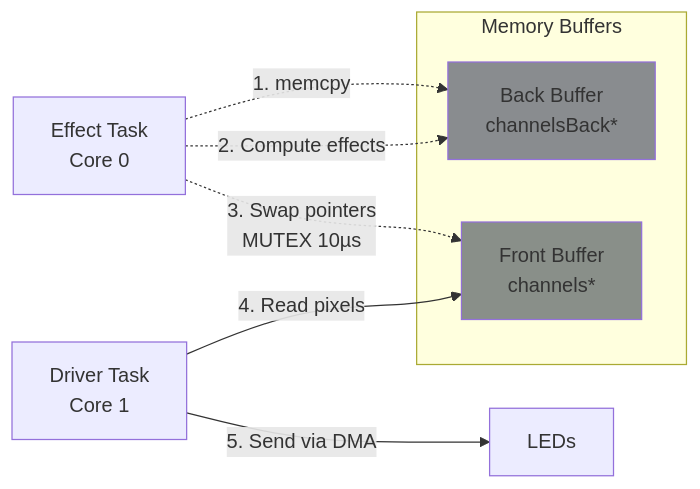
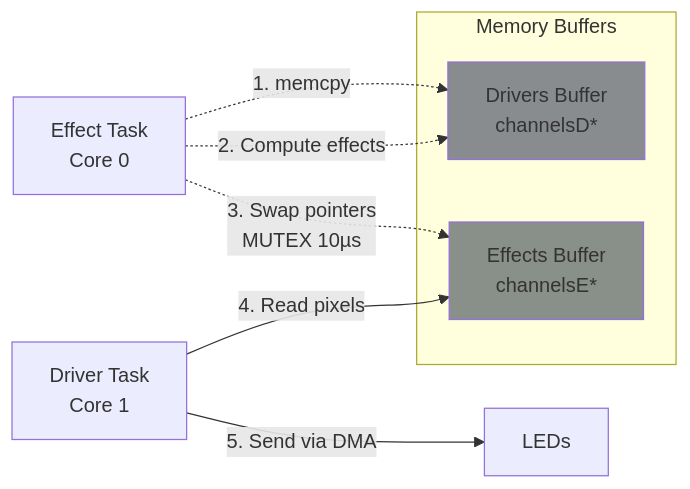
Before and after one commit to troyhacks/MoonLight: the third of 5 diagrams in docs/develop/architecture.md, drawn with Mermaid. The commit also changed other lines of this file and 2 other files, not shown here.

Commit message:
Update architecture

````diff
--- a/docs/develop/architecture.md
+++ b/docs/develop/architecture.md
@@ -139,17 +132,17 @@
 ```mermaid
 graph LR
     subgraph MemoryBuffers["Memory Buffers"]
-        Front[Front Buffer<br/>channels*]
-        Back[Back Buffer<br/>channelsBack*]
+        Effects[Effects Buffer<br/>channelsE*]
+        Drivers[Drivers Buffer<br/>channelsD*]
     end
     
-    EffectTask[Effect Task<br/>Core 0] -.->|1. memcpy| Back
-    EffectTask -.->|2. Compute effects| Back
-    EffectTask -.->|3. Swap pointers<br/>MUTEX 10µs| Front
+    EffectTask[Effect Task<br/>Core 0] -.->|1. memcpy| Drivers
+    EffectTask -.->|2. Compute effects| Drivers
+    EffectTask -.->|3. Swap pointers<br/>MUTEX 10µs| Effects
     
-    DriverTask[Driver Task<br/>Core 1] -->|4. Read pixels| Front
+    DriverTask[Driver Task<br/>Core 1] -->|4. Read pixels| Effects
     DriverTask -->|5. Send via DMA| LEDs[LEDs]
     
-    style Front fill:#898f89
-    style Back fill:#898c8f
+    style Effects fill:#898f89
+    style Drivers fill:#898c8f
 ```
````
